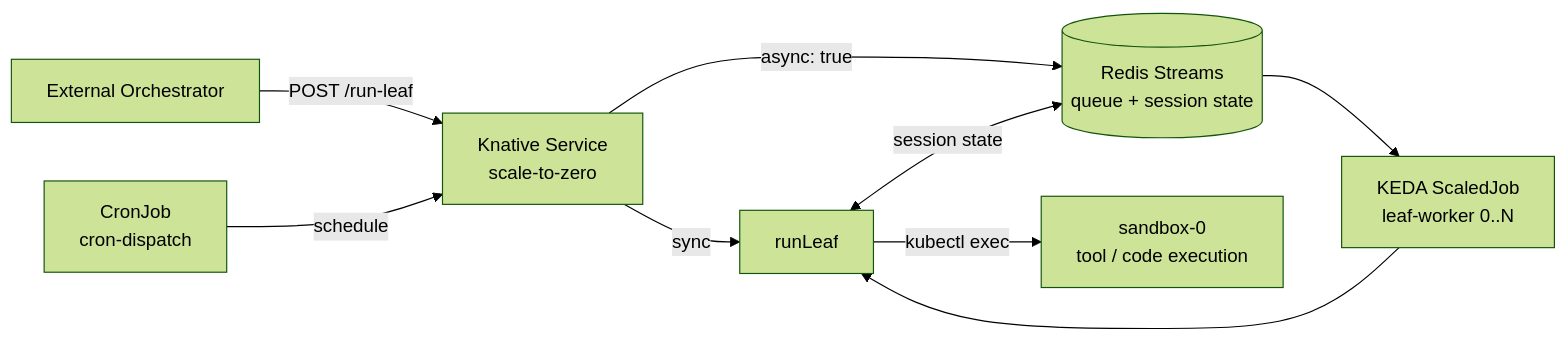
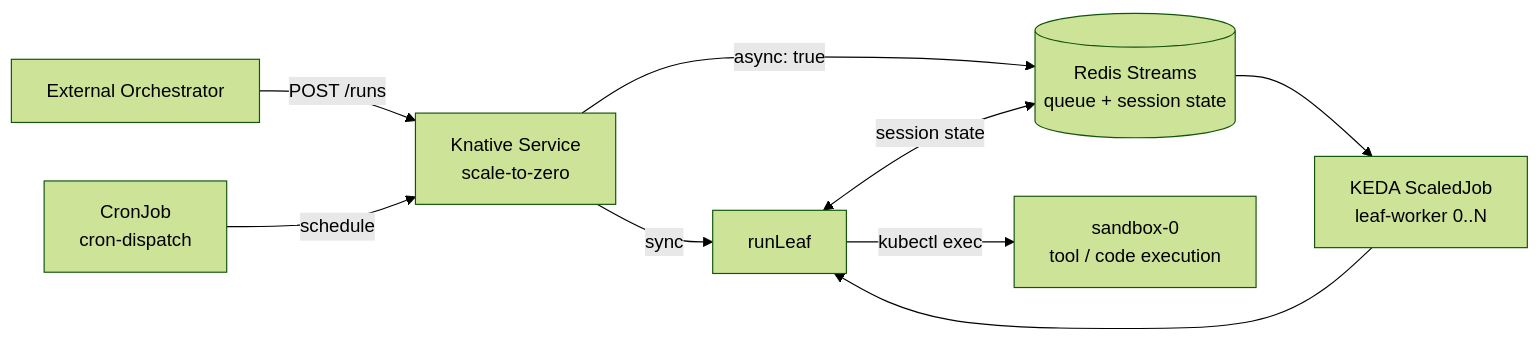
The diagram in README.md (kagenti/serverless-harness), drawn with Mermaid (forest theme) before and after one commit. The commit also changed other lines of this file and 17 other files, not shown here.

````diff
--- a/README.md
+++ b/README.md
@@ -58,11 +58,11 @@
 ```mermaid
 flowchart LR
-    O[External Orchestrator] -->|POST /run-leaf| K[Knative Service<br/>scale-to-zero]
+    O[External Orchestrator] -->|POST /runs| K[Knative Service<br/>scale-to-zero]
     C[CronJob<br/>cron-dispatch] -->|schedule| K
     K -->|sync| R[runLeaf]
     K -->|async: true| Q[(Redis Streams<br/>queue + session state)]
     Q --> W[KEDA ScaledJob<br/>leaf-worker 0..N]
     W --> R
     R -->|kubectl exec| S[sandbox-0<br/>tool / code execution]
     R <-->|session state| Q
 ```
````
